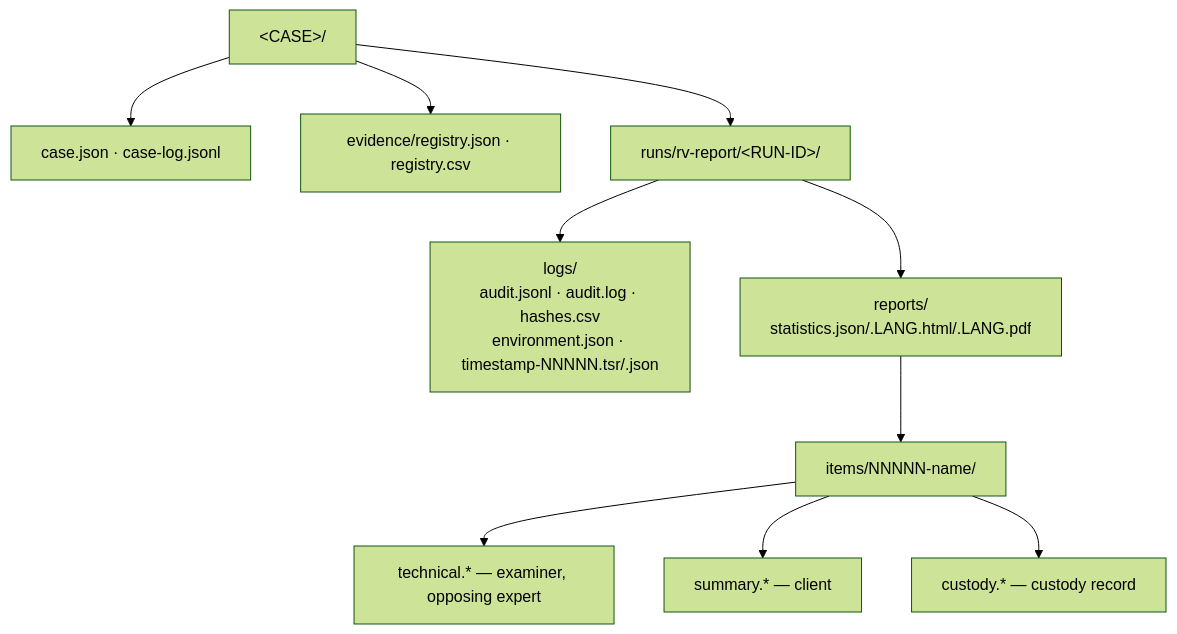
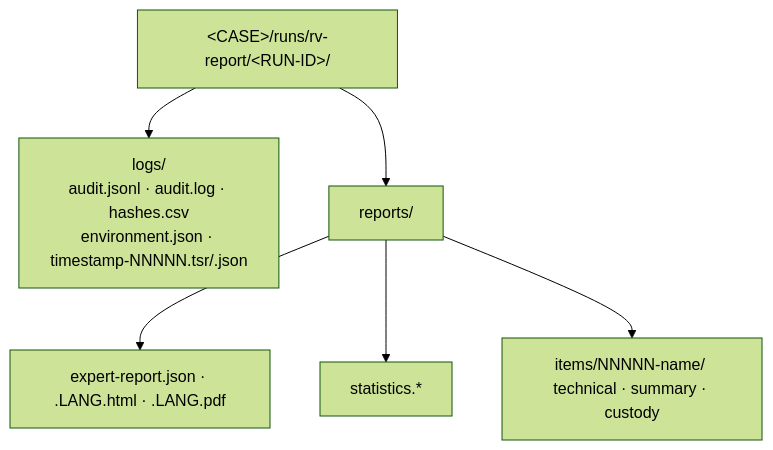
One commit to Panacota96/rv-report changed the second of 2 diagrams in docs/usage.md. Above: the diagram before and after it, drawn with Mermaid (forest theme). The commit also changed other lines of this file and 240 other files, not shown here.

First line of the commit message:
feat: RV Report v0.1 — expert report assembled from a verified case (#7)

````diff
--- a/docs/usage.md
+++ b/docs/usage.md
@@ -180,12 +175,8 @@
 ```mermaid
 flowchart TB
-    CASE["&lt;CASE&gt;/"] --> CJ["case.json · case-log.jsonl"]
-    CASE --> EV["evidence/registry.json · registry.csv"]
-    CASE --> RUN["runs/rv-report/&lt;RUN-ID&gt;/"]
-    RUN --> L["logs/<br/>audit.jsonl · audit.log · hashes.csv<br/>environment.json · timestamp-NNNNN.tsr/.json"]
-    RUN --> R["reports/<br/>statistics.json/.LANG.html/.LANG.pdf"]
-    R --> I["items/NNNNN-name/"]
-    I --> T["technical.* — examiner, opposing expert"]
-    I --> S["summary.* — client"]
-    I --> K["custody.* — custody record"]
+    RUN["&lt;CASE&gt;/runs/rv-report/&lt;RUN-ID&gt;/"] --> L["logs/<br/>audit.jsonl · audit.log · hashes.csv<br/>environment.json · timestamp-NNNNN.tsr/.json"]
+    RUN --> R["reports/"]
+    R --> E["expert-report.json · .LANG.html · .LANG.pdf"]
+    R --> S["statistics.*"]
+    R --> I["items/NNNNN-name/ technical · summary · custody"]
 ```
````
